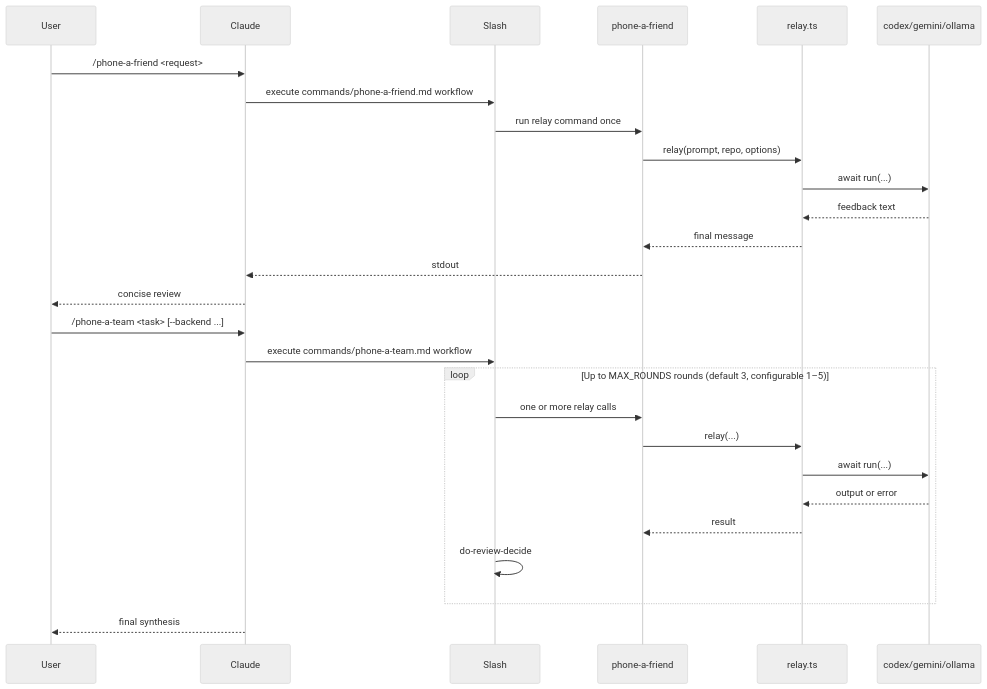
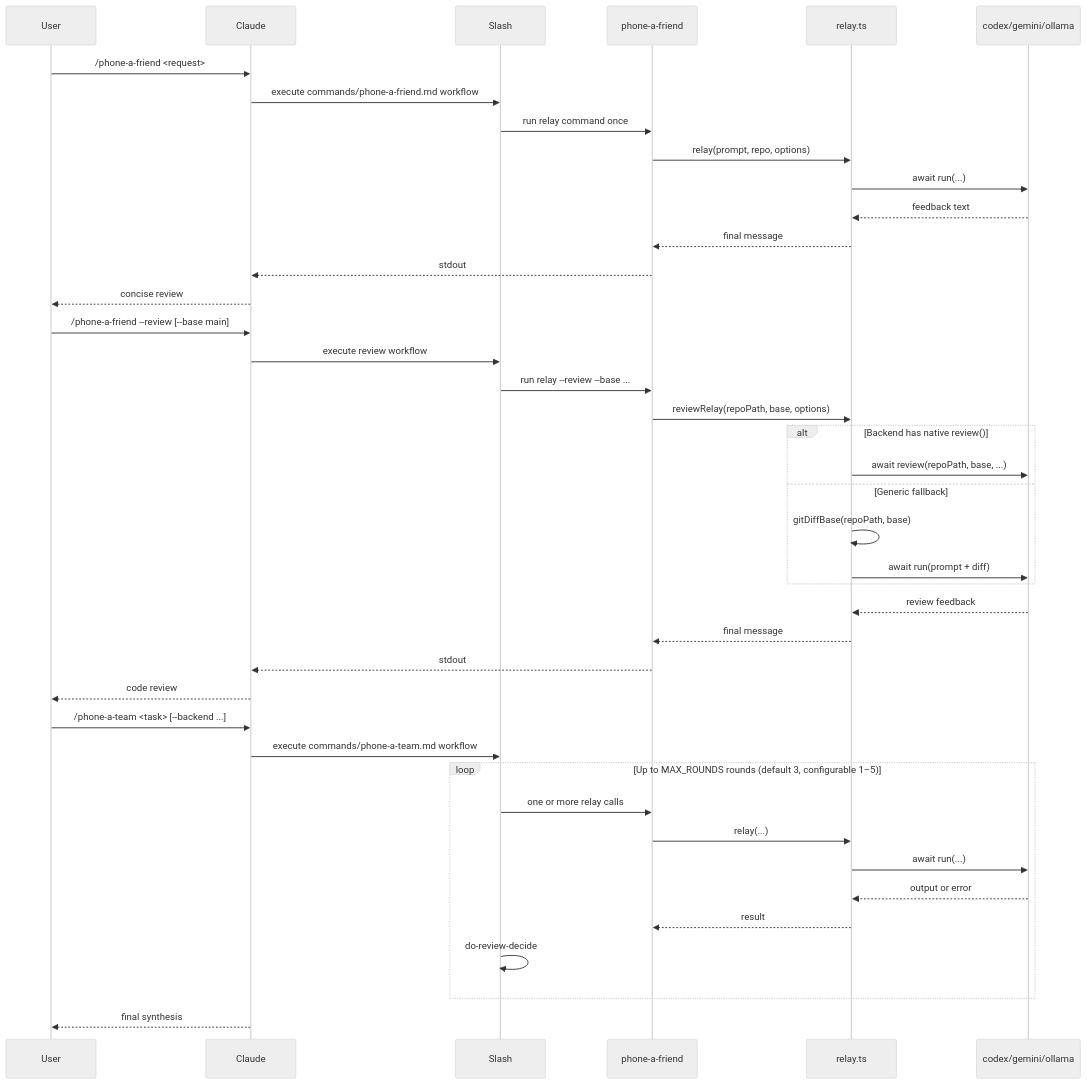
One commit to freibergergarcia/phone-a-friend changed the second of 2 diagrams in architecture/00-system-overview.md. Above: the diagram before and after it, drawn with Mermaid (neutral theme). The commit also changed other lines of this file and 5 other files, not shown here.

First line of the commit message:
Update architecture docs and fix label-check race condition (#34)

````diff
--- a/architecture/00-system-overview.md
+++ b/architecture/00-system-overview.md
@@ -49,31 +57,46 @@
 ```mermaid
 sequenceDiagram
   participant User
   participant Claude
   participant Slash
   participant CLI as phone-a-friend
   participant Relay as relay.ts
   participant Backend as codex/gemini/ollama
 
   User->>Claude: /phone-a-friend <request>
   Claude->>Slash: execute commands/phone-a-friend.md workflow
   Slash->>CLI: run relay command once
   CLI->>Relay: relay(prompt, repo, options)
   Relay->>Backend: await run(...)
   Backend-->>Relay: feedback text
   Relay-->>CLI: final message
   CLI-->>Claude: stdout
   Claude-->>User: concise review
 
+  User->>Claude: /phone-a-friend --review [--base main]
+  Claude->>Slash: execute review workflow
+  Slash->>CLI: run relay --review --base ...
+  CLI->>Relay: reviewRelay(repoPath, base, options)
+  alt Backend has native review()
+    Relay->>Backend: await review(repoPath, base, ...)
+  else Generic fallback
+    Relay->>Relay: gitDiffBase(repoPath, base)
+    Relay->>Backend: await run(prompt + diff)
+  end
+  Backend-->>Relay: review feedback
+  Relay-->>CLI: final message
+  CLI-->>Claude: stdout
+  Claude-->>User: code review
+
   User->>Claude: /phone-a-team <task> [--backend ...]
   Claude->>Slash: execute commands/phone-a-team.md workflow
   loop Up to MAX_ROUNDS rounds (default 3, configurable 1–5)
     Slash->>CLI: one or more relay calls
     CLI->>Relay: relay(...)
     Relay->>Backend: await run(...)
     Backend-->>Relay: output or error
     Relay-->>CLI: result
     Slash->>Slash: do-review-decide
   end
   Claude-->>User: final synthesis
 ```
````
